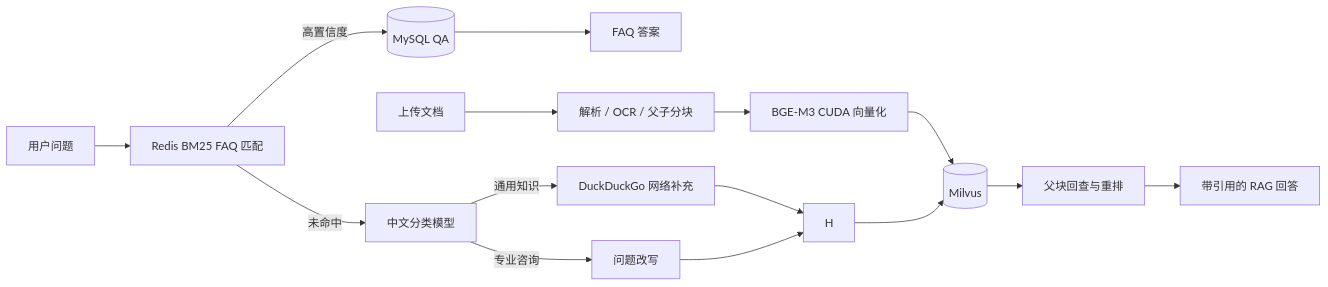
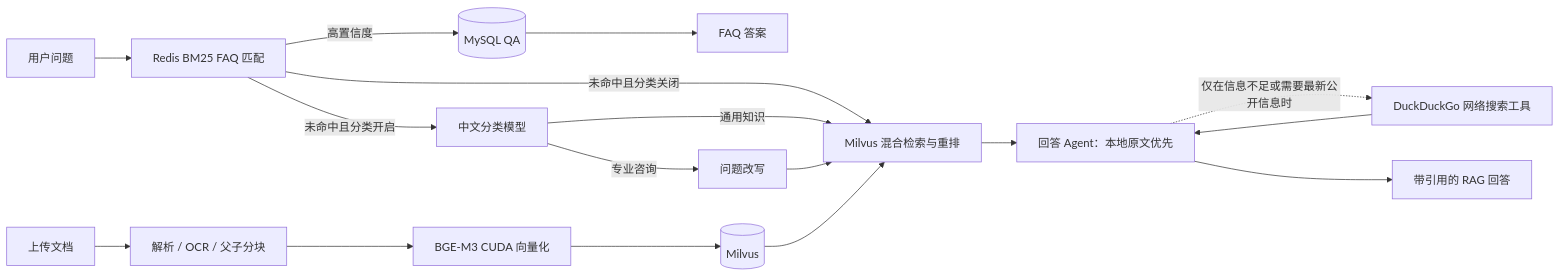
Before and after one commit to sukurucn/rag_qa_dianshang: the diagram in README.md, drawn with Mermaid. The commit also changed other lines of this file and 13 other files, not shown here.

Commit message:
feat: run web search as post-rag agent tool

````diff
--- a/README.md
+++ b/README.md
@@ -20,17 +20,19 @@
 ```mermaid
 flowchart LR
     U[用户问题] --> F[Redis BM25 FAQ 匹配]
     F -->|高置信度| M[(MySQL QA)]
     M --> A[FAQ 答案]
-    F -->|未命中| C[中文分类模型]
+    F -->|未命中且分类开启| C[中文分类模型]
+    F -->|未命中且分类关闭| H[Milvus 混合检索与重排]
     C -->|专业咨询| R[问题改写]
-    C -->|通用知识| W[DuckDuckGo 网络补充]
-    W --> H
+    C -->|通用知识| H
     R --> H
     D[上传文档] --> P[解析 / OCR / 父子分块]
     P --> V[BGE-M3 CUDA 向量化]
     V --> S[(Milvus)]
-    H --> S
-    S --> X[父块回查与重排]
-    X --> G[带引用的 RAG 回答]
+    S --> H
+    H --> T[回答 Agent：本地原文优先]
+    T -. 仅在信息不足或需要最新公开信息时 .-> W[DuckDuckGo 网络搜索工具]
+    W --> T
+    T --> G[带引用的 RAG 回答]
 ```
````
